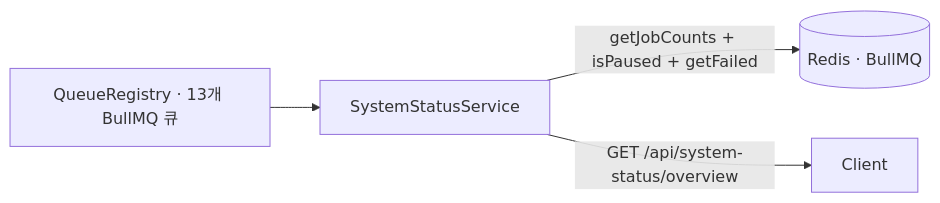
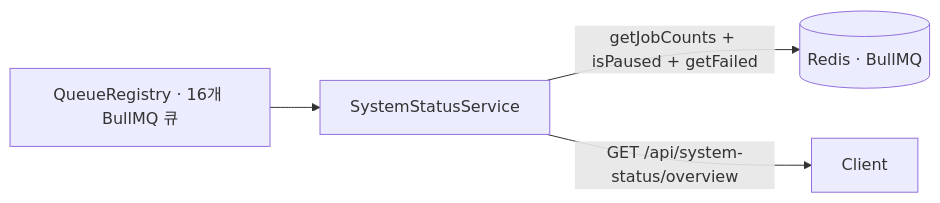
One commit to worker-ants/clemvion changed the fourth of 4 diagrams in spec/data-flow/9-observability.md. Above: the diagram before and after it, drawn with Mermaid. The commit also changed other lines of this file and 8 other files, not shown here.

First line of the commit message:
docs(spec): system-status §1 큐 레지스트리 동기 — terminal-revoke-reconcile 등재 + 낡은 갭 콜아웃 정정 (#607)

````diff
--- a/spec/data-flow/9-observability.md
+++ b/spec/data-flow/9-observability.md
@@ -140,6 +140,6 @@
 ```mermaid
 flowchart LR
-  REG[QueueRegistry · 13개 BullMQ 큐] --> SSS[SystemStatusService]
+  REG[QueueRegistry · 16개 BullMQ 큐] --> SSS[SystemStatusService]
   SSS -->|getJobCounts + isPaused + getFailed| REDIS[(Redis · BullMQ)]
   SSS -->|GET /api/system-status/overview| Client
 ```
````
